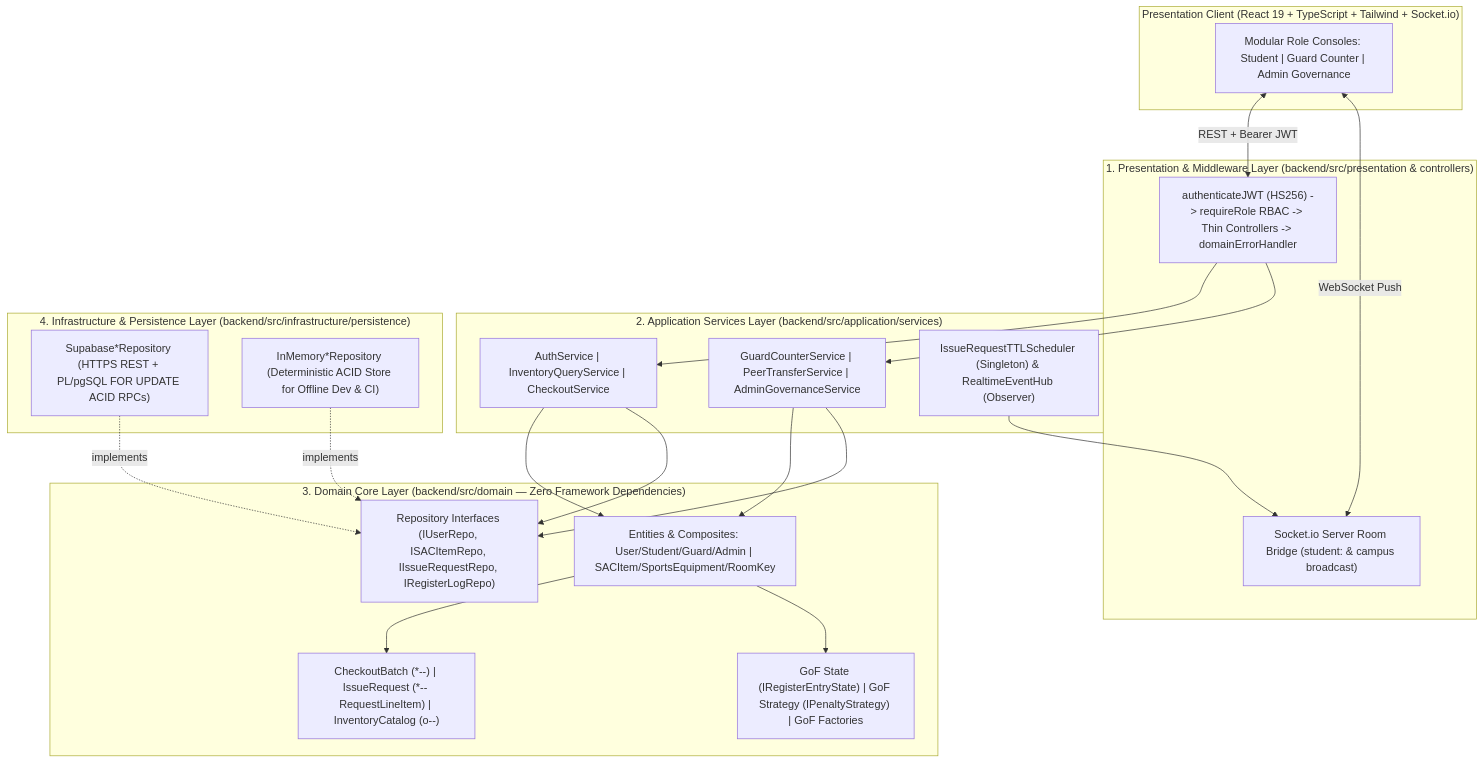
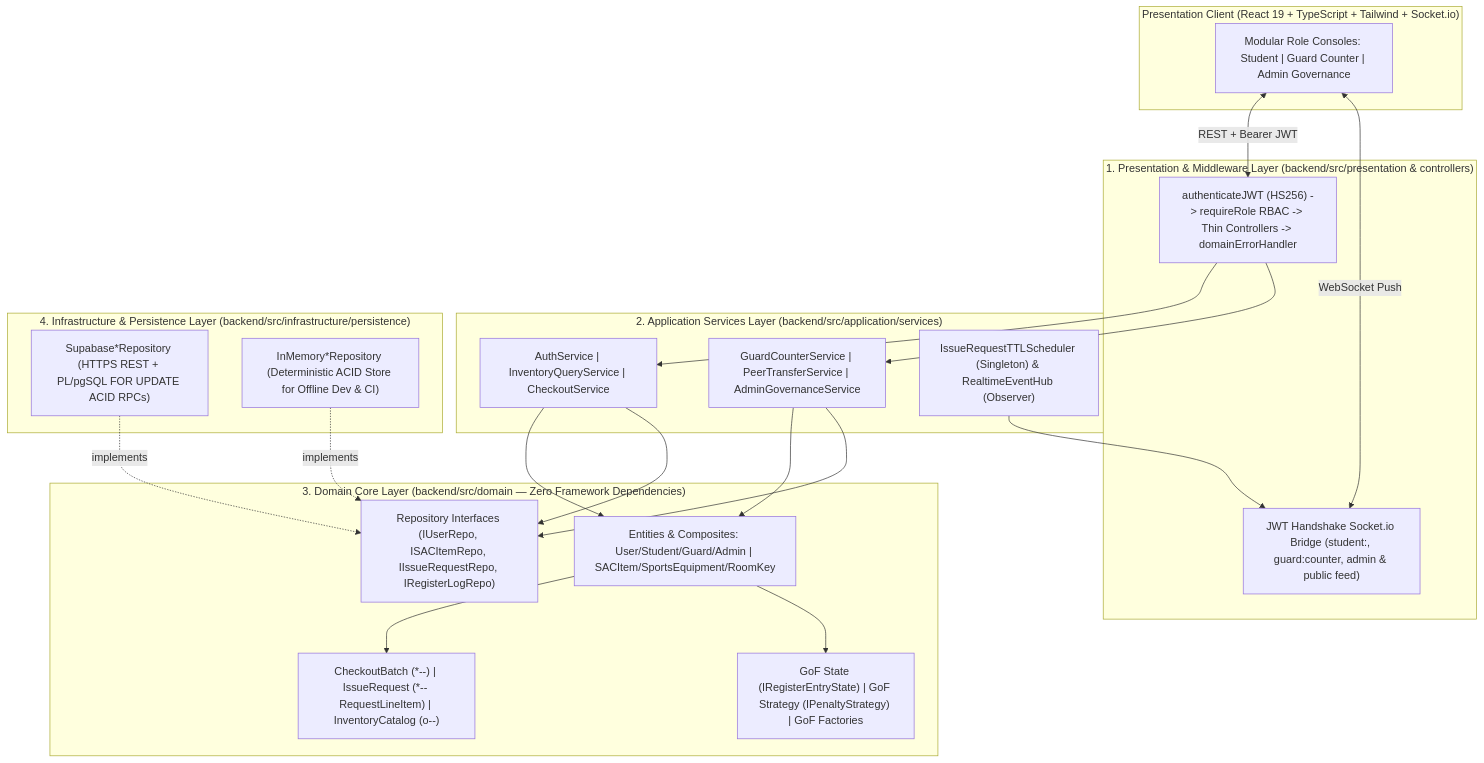
The diagram in README.md (HarshitRSethi/SACPulse), drawn with Mermaid before and after one commit. The commit also changed other lines of this file and 4 other files, not shown here.

Commit message:
feat(security): harden JWT, RBAC, WebSocket room isolation and production deployment config

````diff
--- a/README.md
+++ b/README.md
@@ -19,43 +19,43 @@
 ```mermaid
 flowchart TB
     subgraph Client["Presentation Client (React 19 + TypeScript + Tailwind + Socket.io)"]
         UI["Modular Role Consoles: Student | Guard Counter | Admin Governance"]
     end
 
     subgraph Presentation["1. Presentation & Middleware Layer (backend/src/presentation & controllers)"]
         MW["authenticateJWT (HS256) -> requireRole RBAC -> Thin Controllers -> domainErrorHandler"]
-        WS["Socket.io Server Room Bridge (student:<id> & campus broadcast)"]
+        WS["JWT Handshake Socket.io Bridge (student:<id>, guard:counter, admin & public feed)"]
     end
 
     subgraph Application["2. Application Services Layer (backend/src/application/services)"]
         AS["AuthService | InventoryQueryService | CheckoutService"]
         AS2["GuardCounterService | PeerTransferService | AdminGovernanceService"]
         SCHED["IssueRequestTTLScheduler (Singleton) & RealtimeEventHub (Observer)"]
     end
 
     subgraph Domain["3. Domain Core Layer (backend/src/domain — Zero Framework Dependencies)"]
         ENT["Entities & Composites: User/Student/Guard/Admin | SACItem/SportsEquipment/RoomKey"]
         REL["CheckoutBatch (*--) | IssueRequest (*-- RequestLineItem) | InventoryCatalog (o--)"]
         PAT["GoF State (IRegisterEntryState) | GoF Strategy (IPenaltyStrategy) | GoF Factories"]
         DIP["Repository Interfaces (IUserRepo, ISACItemRepo, IIssueRequestRepo, IRegisterLogRepo)"]
     end
 
     subgraph Infrastructure["4. Infrastructure & Persistence Layer (backend/src/infrastructure/persistence)"]
         SUPA["Supabase*Repository (HTTPS REST + PL/pgSQL FOR UPDATE ACID RPCs)"]
         MEM["InMemory*Repository (Deterministic ACID Store for Offline Dev & CI)"]
     end
 
     UI <-->|"REST + Bearer JWT"| MW
     UI <-->|"WebSocket Push"| WS
     MW --> AS
     MW --> AS2
     SCHED --> WS
     AS --> ENT
     AS2 --> ENT
     AS --> DIP
     AS2 --> DIP
     ENT --> REL
     ENT --> PAT
     SUPA -.->|"implements"| DIP
     MEM -.->|"implements"| DIP
 ```
````
